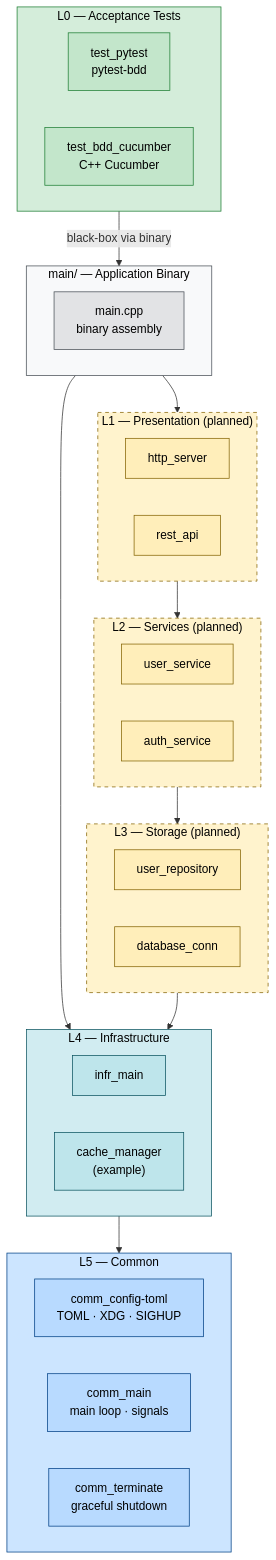
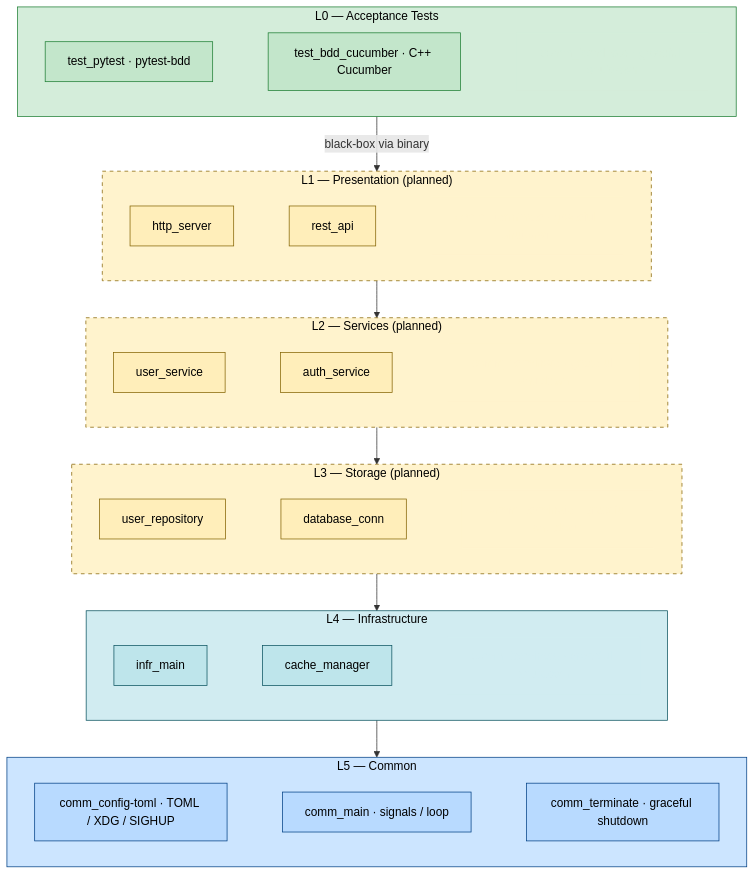
One commit to prze-kiesz/modu-core changed the diagram in README.md. Above: the diagram before and after it, drawn with Mermaid.

Commit message:
docs(readme): fix architecture diagram — equal-width layers, modules side by side

````diff
--- a/README.md
+++ b/README.md
@@ -25,80 +25,62 @@
 ```mermaid
 graph TB
     subgraph L0["L0 — Acceptance Tests"]
-        direction LR
-        AT1["test_pytest\npytest-bdd"]
-        AT2["test_bdd_cucumber\nC++ Cucumber"]
+        AT1["test_pytest · pytest-bdd"] ~~~ AT2["test_bdd_cucumber · C++ Cucumber"] ~~~ SPC0["comm_terminate · graceful shutdown"]
     end
 
-    subgraph APP["main/ — Application Binary"]
-        direction LR
-        MAIN["main.cpp\nbinary assembly"]
+    subgraph L1["L1 — Presentation (planned)"]
+        L1A["http_server"] ~~~ L1B["rest_api"] ~~~ SPC1["comm_terminate · graceful shutdown"]
     end
 
-    subgraph L1["L1 — Presentation  (planned)"]
-        direction LR
-        L1A["http_server"]
-        L1B["rest_api"]
+    subgraph L2["L2 — Services (planned)"]
+        L2A["user_service"] ~~~ L2B["auth_service"] ~~~ SPC2["comm_terminate · graceful shutdown"]
     end
 
-    subgraph L2["L2 — Services  (planned)"]
-        direction LR
-        L2A["user_service"]
-        L2B["auth_service"]
-    end
-
-    subgraph L3["L3 — Storage  (planned)"]
-        direction LR
-        L3A["user_repository"]
-        L3B["database_conn"]
+    subgraph L3["L3 — Storage (planned)"]
+        L3A["user_repository"] ~~~ L3B["database_conn"] ~~~ SPC3["comm_terminate · graceful shutdown"]
     end
 
     subgraph L4["L4 — Infrastructure"]
-        direction LR
-        IM["infr_main"]
-        L4B["cache_manager\n(example)"]
+        IM["infr_main"] ~~~ L4B["cache_manager"] ~~~ SPC4["comm_terminate · graceful shutdown"]
     end
 
     subgraph L5["L5 — Common"]
-        direction LR
-        CCT["comm_config-toml\nTOML · XDG · SIGHUP"]
-        CM["comm_main\nmain loop · signals"]
-        CT["comm_terminate\ngraceful shutdown"]
+        CCT["comm_config-toml · TOML / XDG / SIGHUP"] ~~~ CM["comm_main · signals / loop"] ~~~ CT["comm_terminate · graceful shutdown"]
     end
 
-    L0 -->|"black-box via binary"| APP
-    APP --> L1
-    APP --> L4
+    L0 -->|"black-box via binary"| L1
     L1 --> L2
     L2 --> L3
     L3 --> L4
     L4 --> L5
 
     style L0  fill:#d4edda,stroke:#1e7e34,color:#000
     style AT1 fill:#c3e6cb,stroke:#1e7e34,color:#000
     style AT2 fill:#c3e6cb,stroke:#1e7e34,color:#000
-
-    style APP  fill:#f8f9fa,stroke:#495057,color:#000
-    style MAIN fill:#e2e3e5,stroke:#495057,color:#000
+    style SPC0 fill:#d4edda,stroke:#d4edda,color:#d4edda
 
     style L1  fill:#fff3cd,stroke:#856404,color:#000,stroke-dasharray:5 5
     style L1A fill:#ffeeba,stroke:#856404,color:#000
     style L1B fill:#ffeeba,stroke:#856404,color:#000
+    style SPC1 fill:#fff3cd,stroke:#fff3cd,color:#fff3cd
 
     style L2  fill:#fff3cd,stroke:#856404,color:#000,stroke-dasharray:5 5
     style L2A fill:#ffeeba,stroke:#856404,color:#000
     style L2B fill:#ffeeba,stroke:#856404,color:#000
+    style SPC2 fill:#fff3cd,stroke:#fff3cd,color:#fff3cd
 
     style L3  fill:#fff3cd,stroke:#856404,color:#000,stroke-dasharray:5 5
     style L3A fill:#ffeeba,stroke:#856404,color:#000
     style L3B fill:#ffeeba,stroke:#856404,color:#000
+    style SPC3 fill:#fff3cd,stroke:#fff3cd,color:#fff3cd
 
     style L4  fill:#d1ecf1,stroke:#0c5460,color:#000
     style IM  fill:#bee5eb,stroke:#0c5460,color:#000
     style L4B fill:#bee5eb,stroke:#0c5460,color:#000
+    style SPC4 fill:#d1ecf1,stroke:#d1ecf1,color:#d1ecf1
 
     style L5  fill:#cce5ff,stroke:#004085,color:#000
     style CCT fill:#b8daff,stroke:#004085,color:#000
     style CM  fill:#b8daff,stroke:#004085,color:#000
     style CT  fill:#b8daff,stroke:#004085,color:#000
 ```
````
